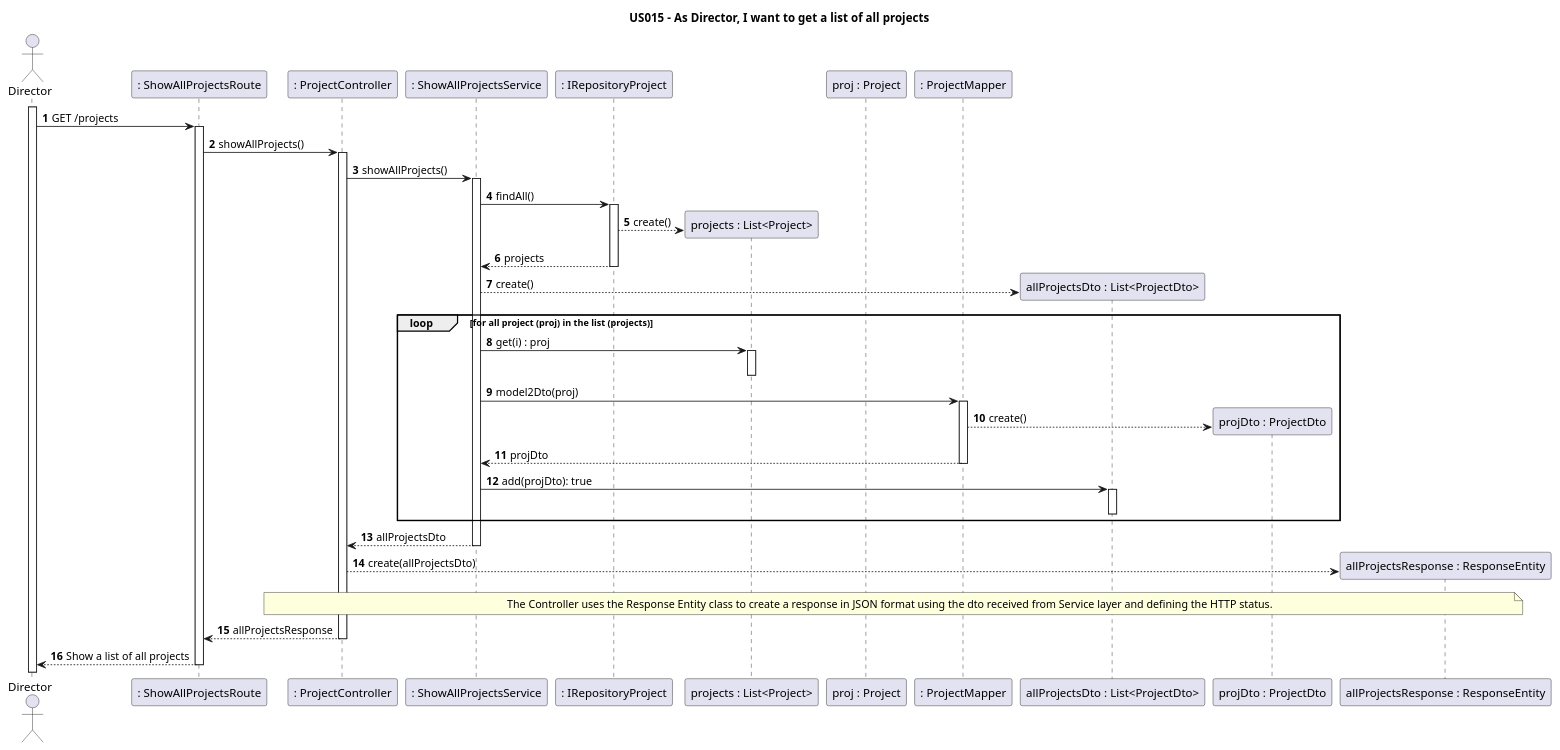
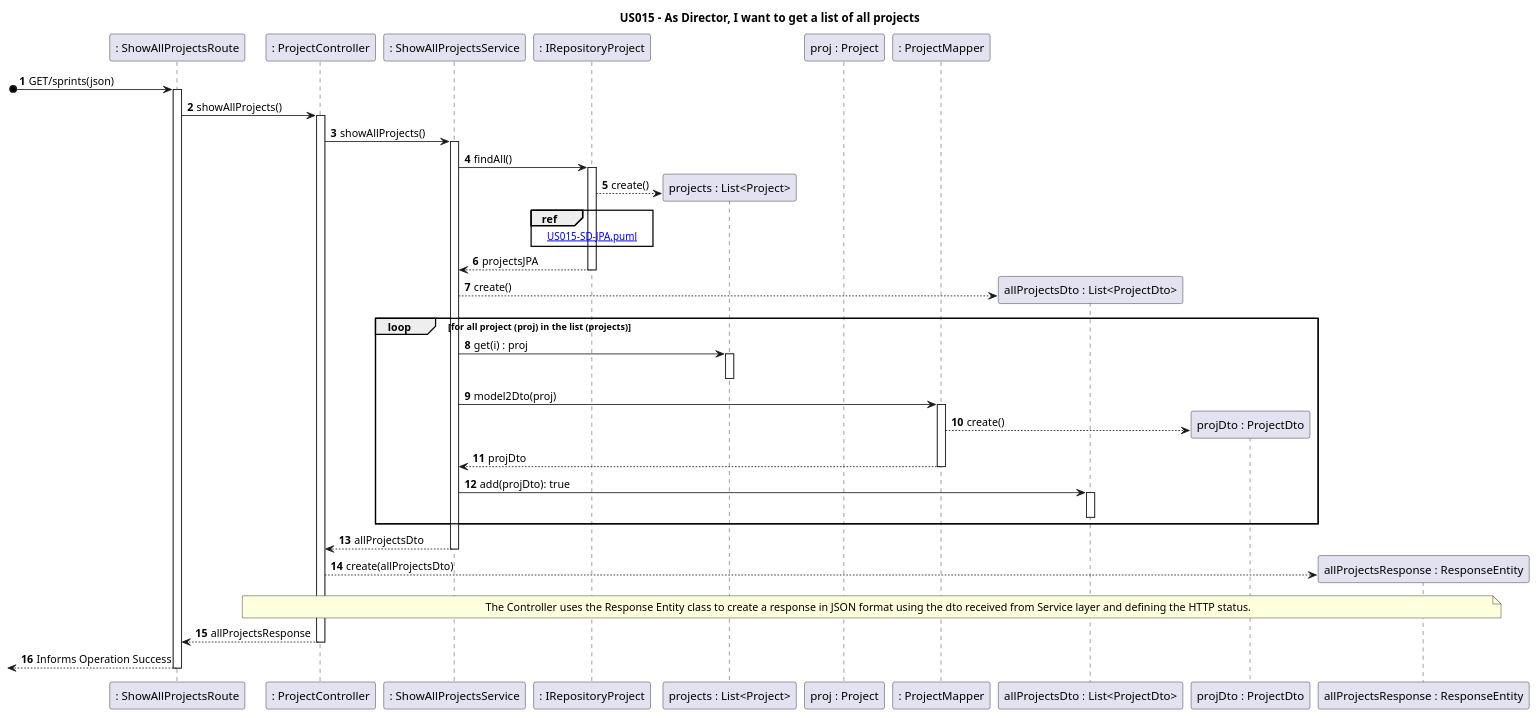
Before and after one commit to nunogon1211787/projectManagement: the diagram in docs/Sprint2/US015/US015-SD.puml, drawn with PlantUML. The commit also changed 51 other files, not shown here.

```diff
--- a/docs/Sprint2/US015/US015-SD.puml
+++ b/docs/Sprint2/US015/US015-SD.puml
@@ -1,64 +1,62 @@
 @startuml
 'https://plantuml.com/sequence-diagram
 
 title US015 - As Director, I want to get a list of all projects
 
 autonumber
 
-actor Director as actor
 participant ": ShowAllProjectsRoute" as Route
 participant ": ProjectController" as Ctrl
 participant ": ShowAllProjectsService" as Srv
 participant ": IRepositoryProject" as store
 participant "projects : List<Project>" as list
 participant "proj : Project" as proj
 participant ": ProjectMapper" as map
 participant "allProjectsDto : List<ProjectDto>" as listDto
 participant "projDto : ProjectDto" as dto
 participant "allProjectsResponse : ResponseEntity" as json
 
-activate actor
 autoactivate on
 
-actor -> Route: GET /projects
+[o-> Route: GET/sprints(json)
 
 Route -> Ctrl: showAllProjects()
 
 Ctrl -> Srv: showAllProjects()
 
 Srv -> store: findAll()
 
 store --> list**: create()
-
-store --> Srv: projects
+ref over store: [[US015-SD-JPA.puml]]
+store --> Srv: projectsJPA
 
 Srv --> listDto**: create()
 
 loop for all project (proj) in the list (projects)
 
 Srv -> list: get(i) : proj
 deactivate
 
 Srv -> map: model2Dto(proj)
 
 map --> dto**: create()
 
 map --> Srv : projDto
 
 Srv -> listDto: add(projDto): true
 deactivate
 
 end
 
 Srv --> Ctrl: allProjectsDto
 
 Ctrl --> json**: create(allProjectsDto)
 
 note over Ctrl, json : The Controller uses the Response Entity class to create a response in JSON format using the dto received from Service layer and defining the HTTP status.
 
 Ctrl --> Route: allProjectsResponse
 
-Route --> actor: Show a list of all projects
+[<--Route : Informs Operation Success
 
 
 @enduml
```
